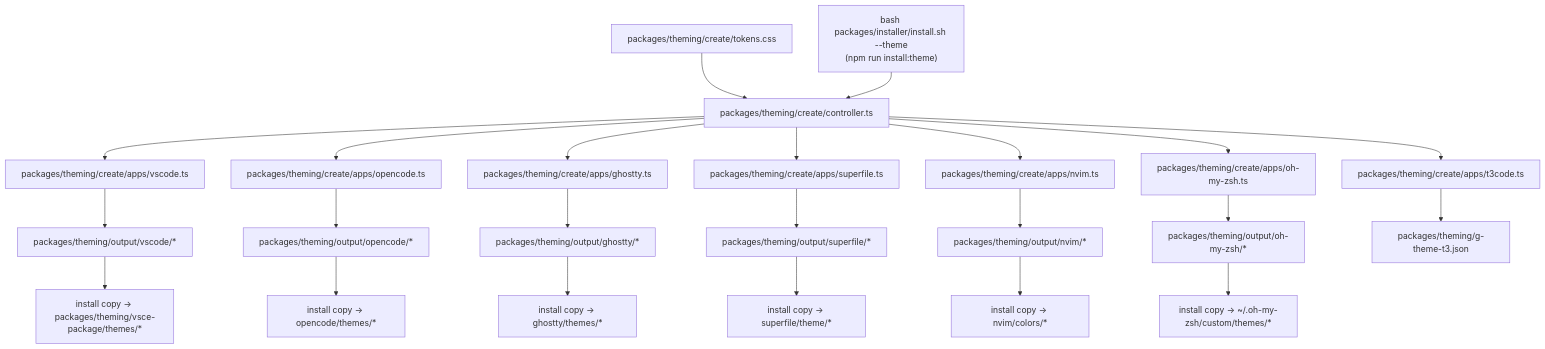
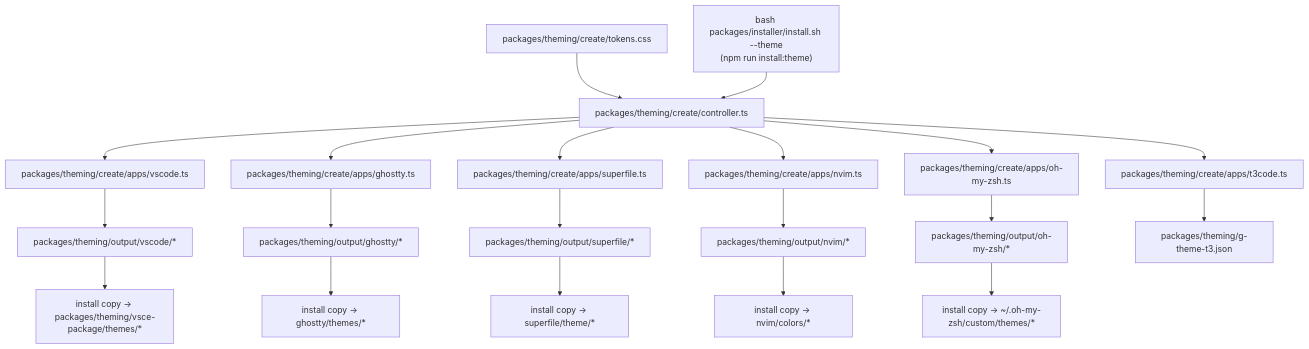
Before and after one commit to g-moe/.dotfiles: the diagram in packages/theming/create/README.md, drawn with Mermaid. The commit also changed 35 other files, not shown here.

````diff
--- a/packages/theming/create/README.md
+++ b/packages/theming/create/README.md
@@ -3,28 +3,25 @@
 ```mermaid
 flowchart TD
   A["packages/theming/create/tokens.css"] --> B["packages/theming/create/controller.ts"]
   B --> C["packages/theming/create/apps/vscode.ts"]
-  B --> D["packages/theming/create/apps/opencode.ts"]
   B --> E["packages/theming/create/apps/ghostty.ts"]
   B --> F["packages/theming/create/apps/superfile.ts"]
   B --> G["packages/theming/create/apps/nvim.ts"]
   B --> H["packages/theming/create/apps/oh-my-zsh.ts"]
   B --> V["packages/theming/create/apps/t3code.ts"]
 
   C --> I["packages/theming/output/vscode/*"]
-  D --> J["packages/theming/output/opencode/*"]
   E --> K["packages/theming/output/ghostty/*"]
   F --> L["packages/theming/output/superfile/*"]
   G --> M["packages/theming/output/nvim/*"]
   H --> N["packages/theming/output/oh-my-zsh/*"]
   V --> W["packages/theming/g-theme-t3.json"]
 
   I --> O["install copy -> packages/theming/vsce-package/themes/*"]
-  J --> P["install copy -> opencode/themes/*"]
   K --> Q["install copy -> ghostty/themes/*"]
   L --> R["install copy -> superfile/theme/*"]
   M --> S["install copy -> nvim/colors/*"]
   N --> T["install copy -> ~/.oh-my-zsh/custom/themes/*"]
 
   U["bash packages/installer/install.sh --theme\n(npm run install:theme)"] --> B
 ```
````
